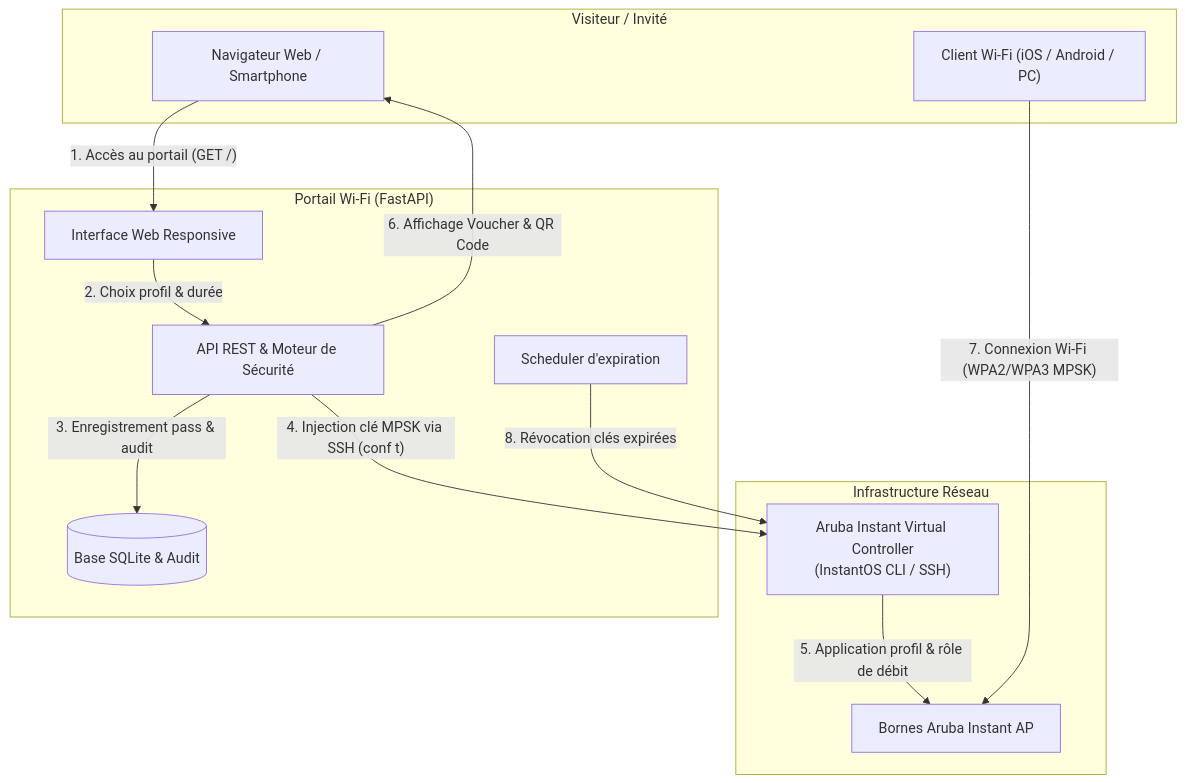
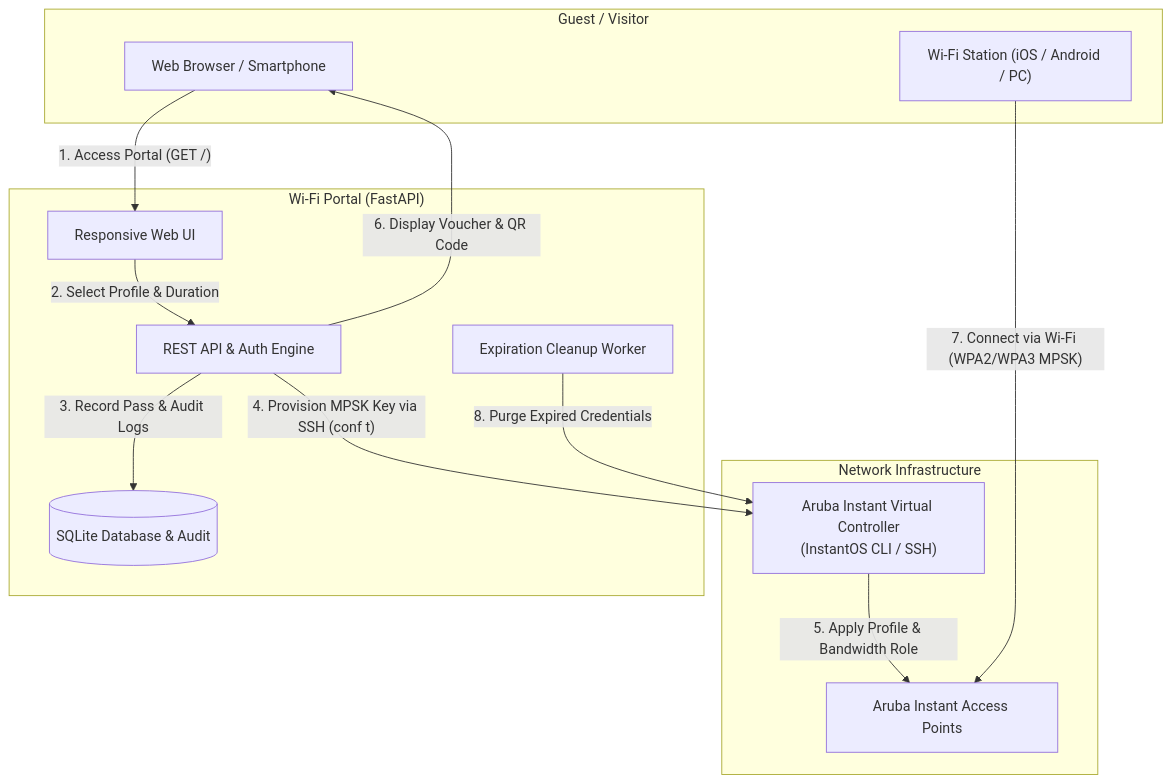
Before and after one commit to wybaux/aruba-mpsk-guest-portal: the diagram in README.md, drawn with Mermaid. The commit also changed other lines of this file, not shown here.

````diff
--- a/README.md
+++ b/README.md
@@ -63,28 +64,28 @@
 ```mermaid
 flowchart TD
-    subgraph Client ["Visiteur / Invité"]
-        Browser["Navigateur Web / Smartphone"]
-        Device["Client Wi-Fi (iOS / Android / PC)"]
+    subgraph Client ["Guest / Visitor"]
+        Browser["Web Browser / Smartphone"]
+        Device["Wi-Fi Station (iOS / Android / PC)"]
     end
 
-    subgraph Portal ["Portail Wi-Fi (FastAPI)"]
-        UI["Interface Web Responsive"]
-        API["API REST & Moteur de Sécurité"]
-        SQLite[("Base SQLite & Audit")]
-        Worker["Scheduler d'expiration"]
+    subgraph Portal ["Wi-Fi Portal (FastAPI)"]
+        UI["Responsive Web UI"]
+        API["REST API & Auth Engine"]
+        SQLite[("SQLite Database & Audit")]
+        Worker["Expiration Cleanup Worker"]
     end
 
-    subgraph Aruba ["Infrastructure Réseau"]
+    subgraph Aruba ["Network Infrastructure"]
         VC["Aruba Instant Virtual Controller\n(InstantOS CLI / SSH)"]
-        AP["Bornes Aruba Instant AP"]
+        AP["Aruba Instant Access Points"]
     end
 
-    Browser -->|"1. Accès au portail (GET /)"| UI
-    UI -->|"2. Choix profil & durée"| API
-    API -->|"3. Enregistrement pass & audit"| SQLite
-    API -->|"4. Injection clé MPSK via SSH (conf t)"| VC
-    VC -->|"5. Application profil & rôle de débit"| AP
-    API -->|"6. Affichage Voucher & QR Code"| Browser
-    Device -->|"7. Connexion Wi-Fi (WPA2/WPA3 MPSK)"| AP
-    Worker -->|"8. Révocation clés expirées"| VC
+    Browser -->|"1. Access Portal (GET /)"| UI
+    UI -->|"2. Select Profile & Duration"| API
+    API -->|"3. Record Pass & Audit Logs"| SQLite
+    API -->|"4. Provision MPSK Key via SSH (conf t)"| VC
+    VC -->|"5. Apply Profile & Bandwidth Role"| AP
+    API -->|"6. Display Voucher & QR Code"| Browser
+    Device -->|"7. Connect via Wi-Fi (WPA2/WPA3 MPSK)"| AP
+    Worker -->|"8. Purge Expired Credentials"| VC
 ```
````
